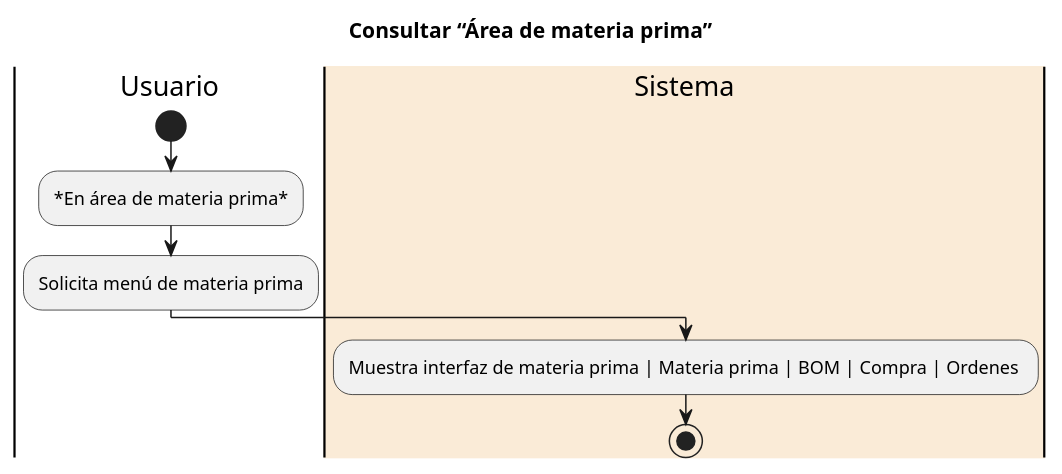
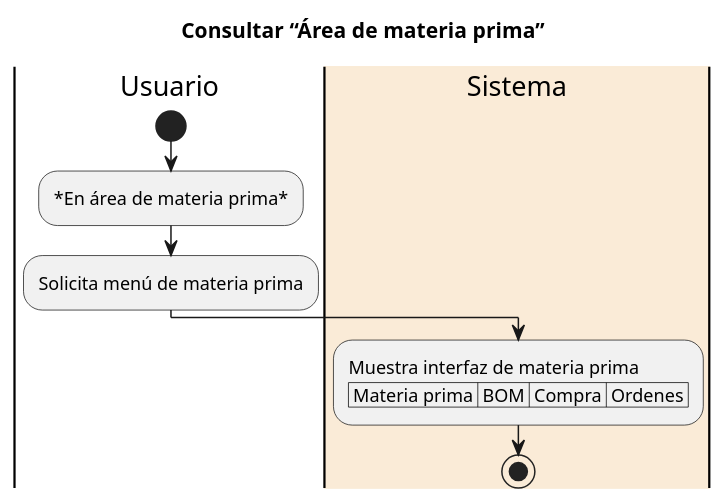
Before and after one commit to SALV19/NOVUS_MXREP_Roblox: the diagram in diagrams/19_Simulacion/20_consulta_area_materia_prima.puml, drawn with PlantUML. The commit also changed 9 other files, not shown here.

```diff
--- a/diagrams/19_Simulacion/20_consulta_area_materia_prima.puml
+++ b/diagrams/19_Simulacion/20_consulta_area_materia_prima.puml
@@ -1,15 +1,15 @@
 @startuml Consultar “Área de materia prima”
 title Consultar “Área de materia prima”
 
 |Usuario|
 start
 :*En área de materia prima*;
 :Solicita menú de materia prima;
 
 |#AntiqueWhite|Sistema|
-:Muestra interfaz de materia prima | Materia prima | BOM | Compra | Ordenes ;
+:Muestra interfaz de materia prima \n| Materia prima | BOM | Compra | Ordenes |;
 
 stop
 
 
 @enduml
```
